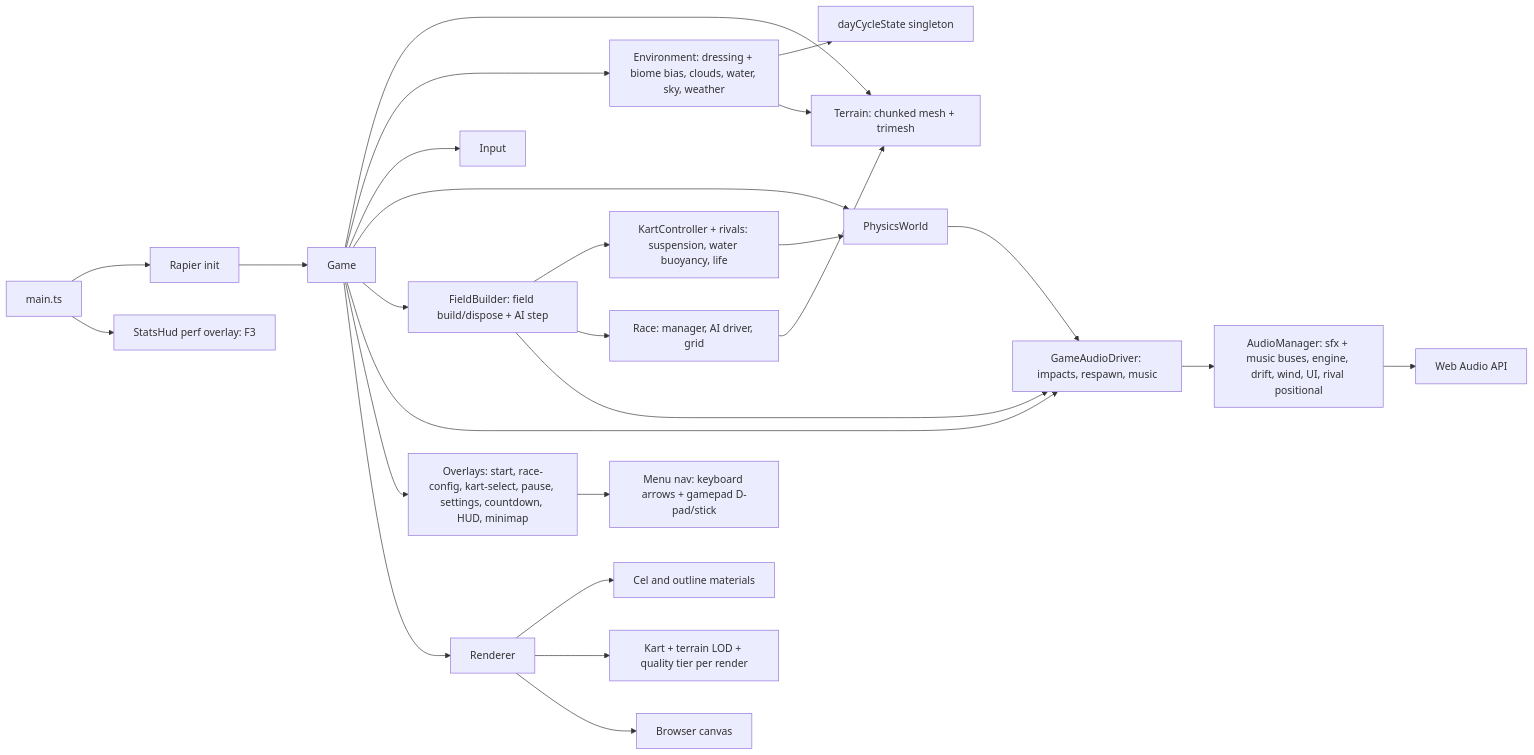
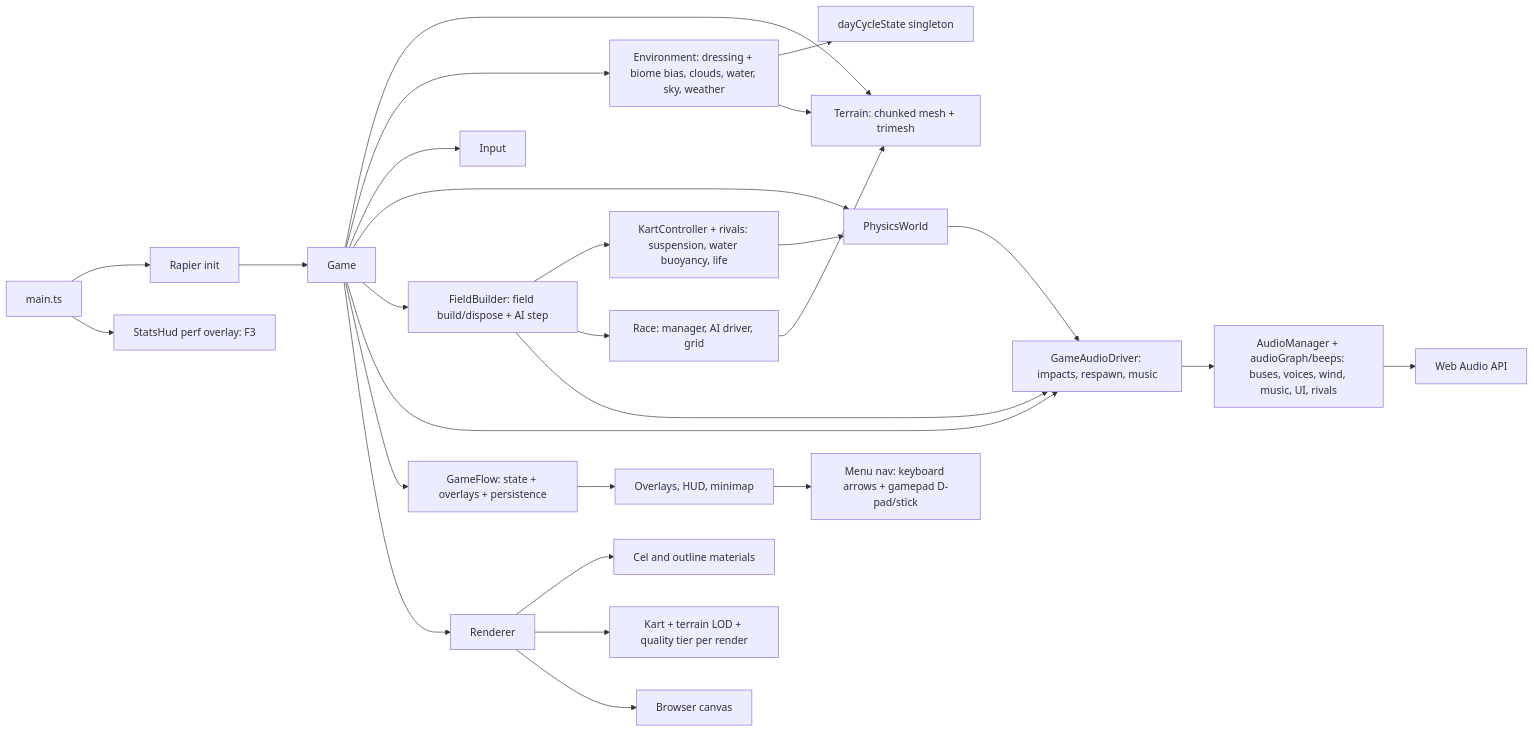
Before and after one commit to jjgroenendijk/cart-game: the diagram in AGENTS.md, drawn with Mermaid. The commit also changed 12 other files, not shown here.

First line of the commit message:
046: composition headroom — split Game + AudioManager (#64)

````diff
--- a/AGENTS.md
+++ b/AGENTS.md
@@ -24,28 +24,28 @@
 ```mermaid
 flowchart LR
   main[main.ts] --> rapier[Rapier init]
   rapier --> game[Game]
   game --> terrain[Terrain: chunked mesh + trimesh]
   game --> env[Environment: dressing + biome bias, clouds, water, sky, weather]
   env --> dayCycle[dayCycleState singleton]
   env --> terrain
   game --> input[Input]
   game --> physics[PhysicsWorld]
   game --> field[FieldBuilder: field build/dispose + AI step]
   field --> kart[KartController + rivals: suspension, water buoyancy, life]
   field --> race[Race: manager, AI driver, grid]
   kart --> physics
   race --> terrain
   game --> gameAudio[GameAudioDriver: impacts, respawn, music]
   field --> gameAudio
   physics --> gameAudio
-  gameAudio --> audio[AudioManager: sfx + music buses, engine, drift, wind, UI, rival positional]
+  gameAudio --> audio[AudioManager + audioGraph/beeps: buses, voices, wind, music, UI, rivals]
   audio --> webaudio[Web Audio API]
-  game --> ui[Overlays: start, race-config, kart-select, pause, settings, countdown, HUD, minimap]
+  game --> gameFlow[GameFlow: state + overlays + persistence] --> ui[Overlays, HUD, minimap]
   ui --> menuNav[Menu nav: keyboard arrows + gamepad D-pad/stick]
   game --> renderer[Renderer]
   renderer --> materials[Cel and outline materials]
   renderer --> lod[Kart + terrain LOD + quality tier per render]
   renderer --> canvas[Browser canvas]
   main --> statsHud[StatsHud perf overlay: F3]
 ```
````
